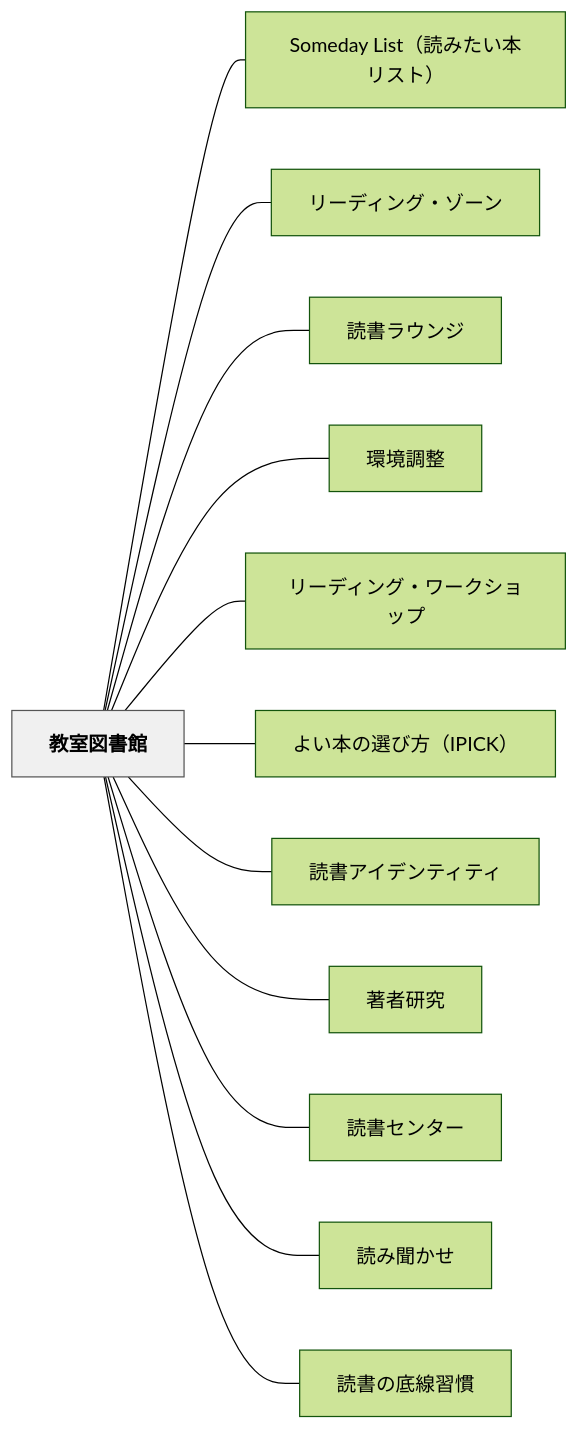
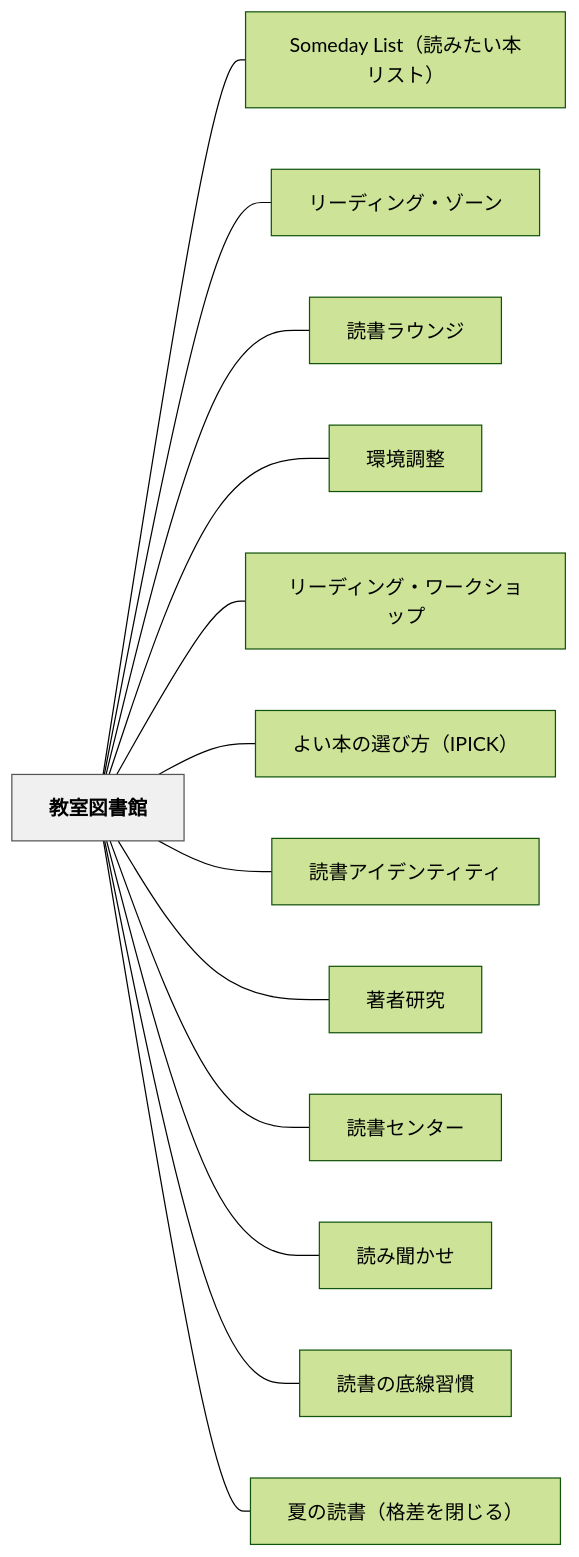
Before and after one commit to unknownthings-ed-patterns/unknownthings-ed-patterns: the diagram in content/パタン/教室図書館.md, drawn with Mermaid (forest theme). The commit also changed other lines of this file and 2 other files, not shown here.

Commit message:
auto: Obsidianから同期 2026-06-11 04:54

````diff
--- a/content/パタン/教室図書館.md
+++ b/content/パタン/教室図書館.md
@@ -127,30 +128,32 @@
 ```mermaid
 flowchart LR
     ne69599e5aea4e59bb3e69bb8e9a4a8["教室図書館"]
     n536f6d65646179204c697374efbc88e8aaade381bfe3819fe38184e69cace383aae382b9e38388efbc89["Someday List（読みたい本リスト）"]
     ne383aae383bce38387e382a3e383b3e382b0e383bbe382bee383bce383b3["リーディング・ゾーン"]
     ne8aaade69bb8e383a9e382a6e383b3e382b8["読書ラウンジ"]
     ne792b0e5a283e8aabfe695b4["環境調整"]
     ne383aae383bce38387e382a3e383b3e382b0e383bbe383afe383bce382afe382b7e383a7e38383e38397["リーディング・ワークショップ"]
     ne38288e38184e69cace381aee981b8e381b3e696b9efbc88495049434befbc89["よい本の選び方（IPICK）"]
     ne8aaade69bb8e382a2e382a4e38387e383b3e38386e382a3e38386e382a3["読書アイデンティティ"]
     ne89197e88085e7a094e7a9b6["著者研究"]
     ne8aaade69bb8e382bbe383b3e382bfe383bc["読書センター"]
     ne8aaade381bfe8819ee3818be3819b["読み聞かせ"]
     ne8aaade69bb8e381aee5ba95e7b79ae7bf92e685a3["読書の底線習慣"]
+    ne5a48fe381aee8aaade69bb8efbc88e6a0bce5b7aee38292e99689e38198e3828befbc89["夏の読書（格差を閉じる）"]
 
     ne69599e5aea4e59bb3e69bb8e9a4a8 --- n536f6d65646179204c697374efbc88e8aaade381bfe3819fe38184e69cace383aae382b9e38388efbc89
     ne69599e5aea4e59bb3e69bb8e9a4a8 --- ne383aae383bce38387e382a3e383b3e382b0e383bbe382bee383bce383b3
     ne69599e5aea4e59bb3e69bb8e9a4a8 --- ne8aaade69bb8e383a9e382a6e383b3e382b8
     ne69599e5aea4e59bb3e69bb8e9a4a8 --- ne792b0e5a283e8aabfe695b4
     ne69599e5aea4e59bb3e69bb8e9a4a8 --- ne383aae383bce38387e382a3e383b3e382b0e383bbe383afe383bce382afe382b7e383a7e38383e38397
     ne69599e5aea4e59bb3e69bb8e9a4a8 --- ne38288e38184e69cace381aee981b8e381b3e696b9efbc88495049434befbc89
     ne69599e5aea4e59bb3e69bb8e9a4a8 --- ne8aaade69bb8e382a2e382a4e38387e383b3e38386e382a3e38386e382a3
     ne69599e5aea4e59bb3e69bb8e9a4a8 --- ne89197e88085e7a094e7a9b6
     ne69599e5aea4e59bb3e69bb8e9a4a8 --- ne8aaade69bb8e382bbe383b3e382bfe383bc
     ne69599e5aea4e59bb3e69bb8e9a4a8 --- ne8aaade381bfe8819ee3818be3819b
     ne69599e5aea4e59bb3e69bb8e9a4a8 --- ne8aaade69bb8e381aee5ba95e7b79ae7bf92e685a3
+    ne69599e5aea4e59bb3e69bb8e9a4a8 --- ne5a48fe381aee8aaade69bb8efbc88e6a0bce5b7aee38292e99689e38198e3828befbc89
 
     classDef hub fill:#f0f0f0,stroke:#555,color:#000,font-weight:bold
     class ne69599e5aea4e59bb3e69bb8e9a4a8 hub
 ```
````
